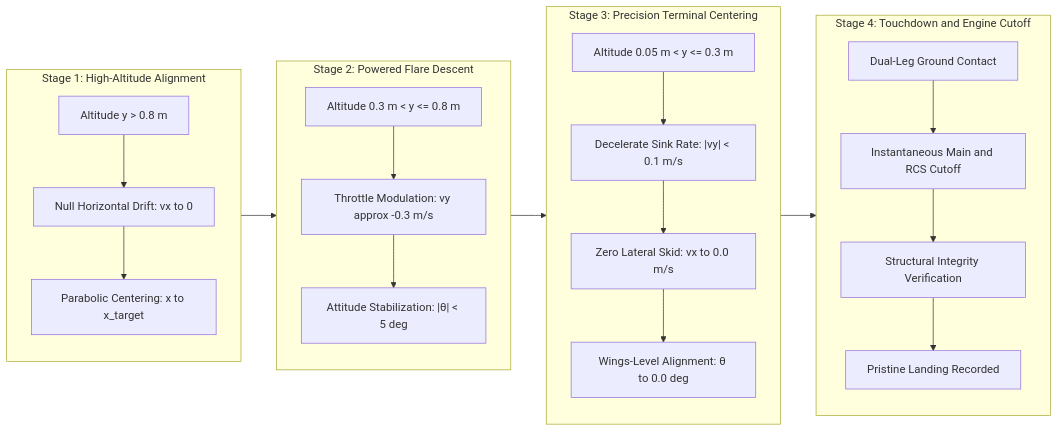
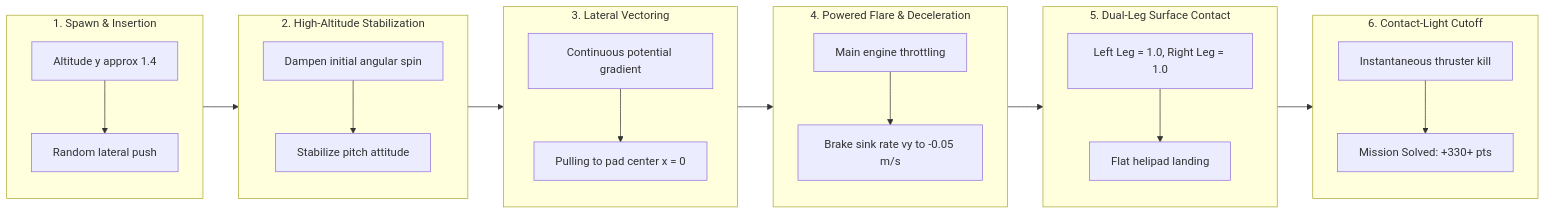
The second of 3 diagrams in README.md (Dakshin10/lunarpilot), drawn with Mermaid before and after one commit. The commit also changed other lines of this file, not shown here.

Commit message:
docs: align guidance stages with 6-step flight infographic

````diff
--- a/README.md
+++ b/README.md
@@ -133,34 +133,40 @@
 ```mermaid
 flowchart LR
-    subgraph S1["Stage 1: High-Altitude Alignment"]
-        A1["Altitude y > 0.8 m"]
-        A2["Null Horizontal Drift: vx to 0"]
-        A3["Parabolic Centering: x to x_target"]
-        A1 --> A2 --> A3
+    subgraph S1["1. Spawn & Insertion"]
+        A1["Altitude y approx 1.4"]
+        A2["Random lateral push"]
+        A1 --> A2
     end
 
-    subgraph S2["Stage 2: Powered Flare Descent"]
-        B1["Altitude 0.3 m < y <= 0.8 m"]
-        B2["Throttle Modulation: vy approx -0.3 m/s"]
-        B3["Attitude Stabilization: |θ| < 5 deg"]
-        B1 --> B2 --> B3
+    subgraph S2["2. High-Altitude Stabilization"]
+        B1["Dampen initial angular spin"]
+        B2["Stabilize pitch attitude"]
+        B1 --> B2
     end
 
-    subgraph S3["Stage 3: Precision Terminal Centering"]
-        C1["Altitude 0.05 m < y <= 0.3 m"]
-        C2["Decelerate Sink Rate: |vy| < 0.1 m/s"]
-        C3["Zero Lateral Skid: vx to 0.0 m/s"]
-        C4["Wings-Level Alignment: θ to 0.0 deg"]
-        C1 --> C2 --> C3 --> C4
+    subgraph S3["3. Lateral Vectoring"]
+        C1["Continuous potential gradient"]
+        C2["Pulling to pad center x = 0"]
+        C1 --> C2
     end
 
-    subgraph S4["Stage 4: Touchdown and Engine Cutoff"]
-        D1["Dual-Leg Ground Contact"]
-        D2["Instantaneous Main and RCS Cutoff"]
-        D3["Structural Integrity Verification"]
-        D4["Pristine Landing Recorded"]
-        D1 --> D2 --> D3 --> D4
+    subgraph S4["4. Powered Flare & Deceleration"]
+        D1["Main engine throttling"]
+        D2["Brake sink rate vy to -0.05 m/s"]
+        D1 --> D2
     end
 
-    S1 --> S2 --> S3 --> S4
+    subgraph S5["5. Dual-Leg Surface Contact"]
+        E1["Left Leg = 1.0, Right Leg = 1.0"]
+        E2["Flat helipad landing"]
+        E1 --> E2
+    end
+
+    subgraph S6["6. Contact-Light Cutoff"]
+        F1["Instantaneous thruster kill"]
+        F2["Mission Solved: +330+ pts"]
+        F1 --> F2
+    end
+
+    S1 --> S2 --> S3 --> S4 --> S5 --> S6
 ```
````
